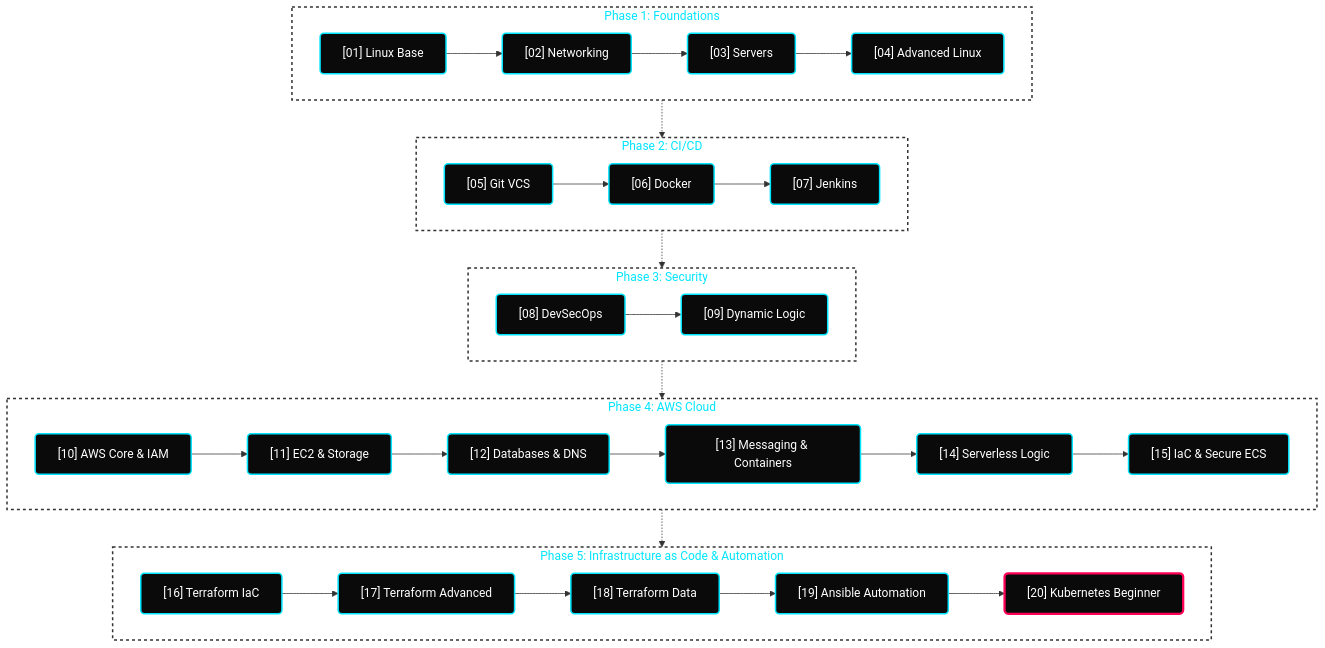
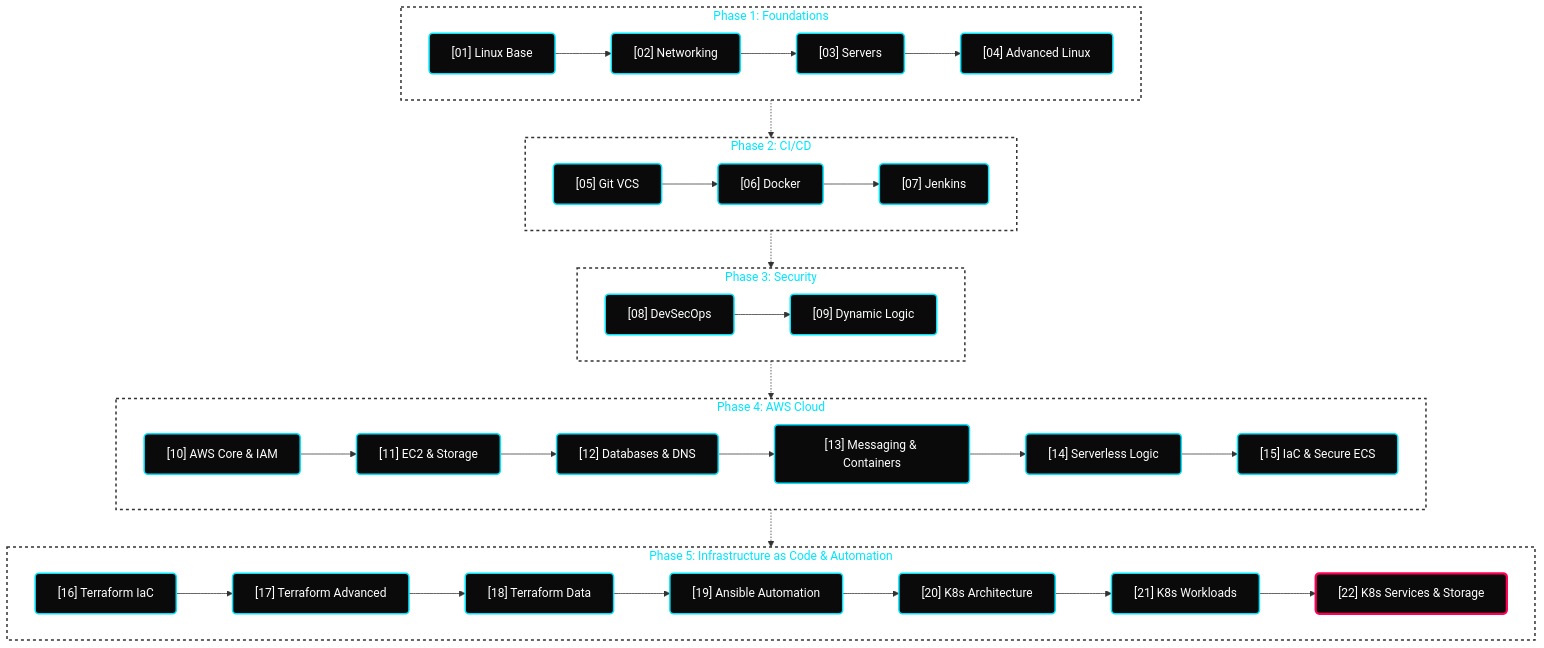
Before and after one commit to hridyen/DevOps-Survival-Roadmap: the diagram in README.md, drawn with Mermaid. The commit also changed other lines of this file and 16 other files, not shown here.

````diff
--- a/README.md
+++ b/README.md
@@ -110,33 +114,33 @@
 ```mermaid
 flowchart TD
     classDef default fill:#0A0A0A,stroke:#00E5FF,stroke-width:2px,color:#FFFFFF,rx:5px,ry:5px;
     classDef active fill:#0A0A0A,stroke:#FF0055,stroke-width:3px,color:#FFFFFF,rx:5px,ry:5px;
     classDef phase fill:transparent,stroke:#333333,stroke-width:2px,stroke-dasharray: 4 4,color:#00E5FF;
 
     subgraph P1 [Phase 1: Foundations]
         A["[01] Linux Base"] --> B["[02] Networking"] --> C["[03] Servers"] --> D["[04] Advanced Linux"]
     end
 
     subgraph P2 [Phase 2: CI/CD]
         E["[05] Git VCS"] --> F["[06] Docker"] --> G["[07] Jenkins"]
     end
 
     subgraph P3 [Phase 3: Security]
         H["[08] DevSecOps"] --> I["[09] Dynamic Logic"]
     end
 
     subgraph P4 [Phase 4: AWS Cloud]
         J["[10] AWS Core & IAM"] --> K["[11] EC2 & Storage"] --> L["[12] Databases & DNS"] --> M["[13] Messaging & Containers"] --> N["[14] Serverless Logic"] --> O["[15] IaC & Secure ECS"]
     end
 
     subgraph P5 [Phase 5: Infrastructure as Code & Automation]
-        P["[16] Terraform IaC"] --> Q["[17] Terraform Advanced"] --> R["[18] Terraform Data"] --> S["[19] Ansible Automation"] --> T["[20] Kubernetes Beginner"]:::active
+        P["[16] Terraform IaC"] --> Q["[17] Terraform Advanced"] --> R["[18] Terraform Data"] --> S["[19] Ansible Automation"] --> T["[20] K8s Architecture"] --> U["[21] K8s Workloads"] --> V["[22] K8s Services & Storage"]:::active
     end
 
     P1 -.-> P2
     P2 -.-> P3
     P3 -.-> P4
     P4 -.-> P5
     
     class P1,P2,P3,P4,P5 phase;
 ```
````
